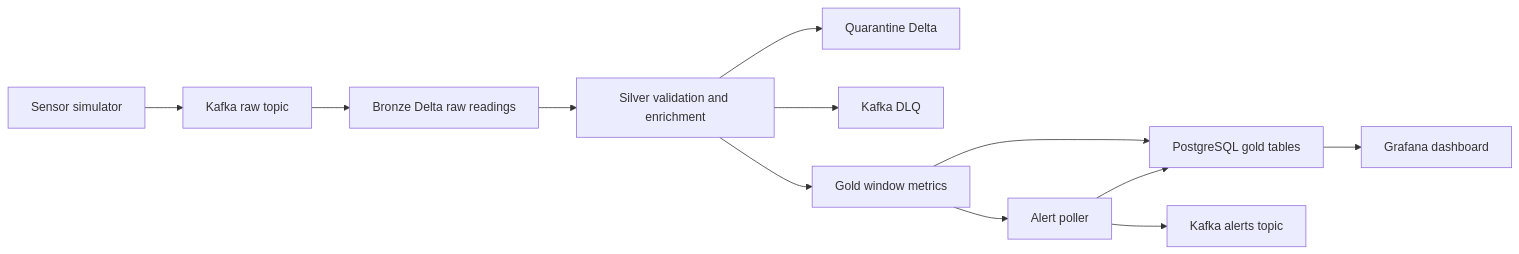
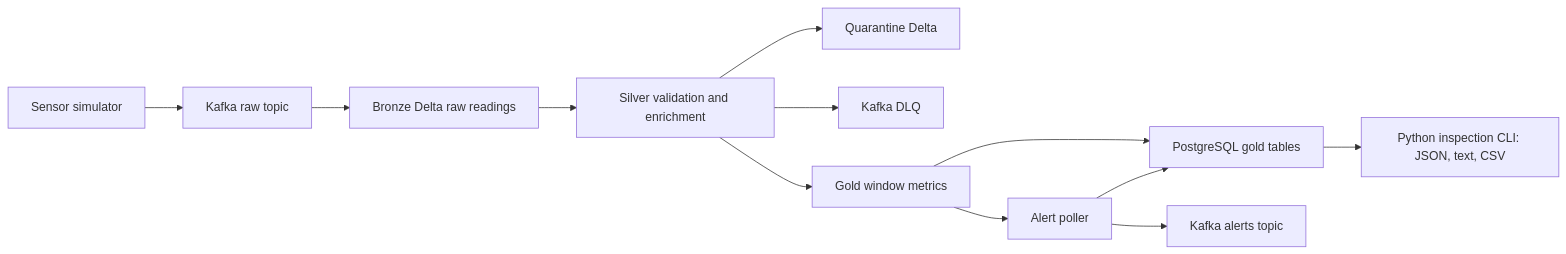
One commit to sukurcf/spec-vayustream-air-quality-pipeline changed the diagram in README.md. Above: the diagram before and after it, drawn with Mermaid. The commit also changed other lines of this file and 14 other files, not shown here.

````diff
--- a/README.md
+++ b/README.md
@@ -33,14 +33,14 @@
 ```mermaid
 flowchart LR
   Sim["Sensor simulator"] --> Raw["Kafka raw topic"]
   Raw --> Bronze["Bronze Delta raw readings"]
   Bronze --> Silver["Silver validation and enrichment"]
   Silver --> Quarantine["Quarantine Delta"]
   Silver --> DLQ["Kafka DLQ"]
   Silver --> Gold["Gold window metrics"]
   Gold --> PG["PostgreSQL gold tables"]
   Gold --> Poller["Alert poller"]
   Poller --> Alerts["Kafka alerts topic"]
   Poller --> PG
-  PG --> Grafana["Grafana dashboard"]
+  PG --> CLI["Python inspection CLI: JSON, text, CSV"]
 ```
````
